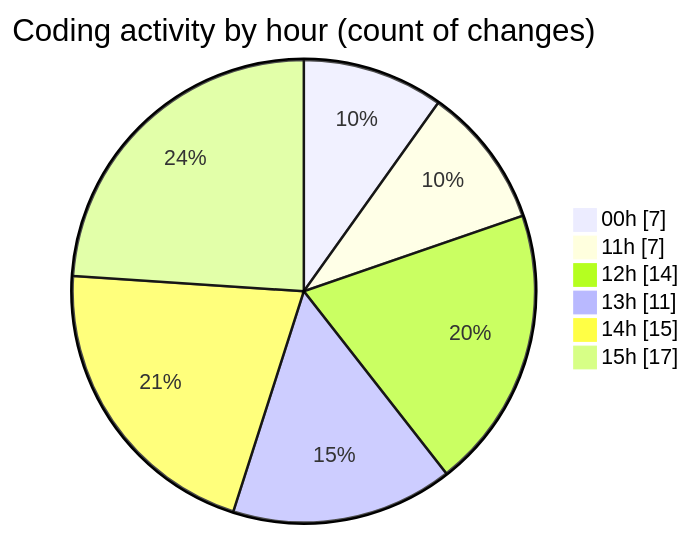
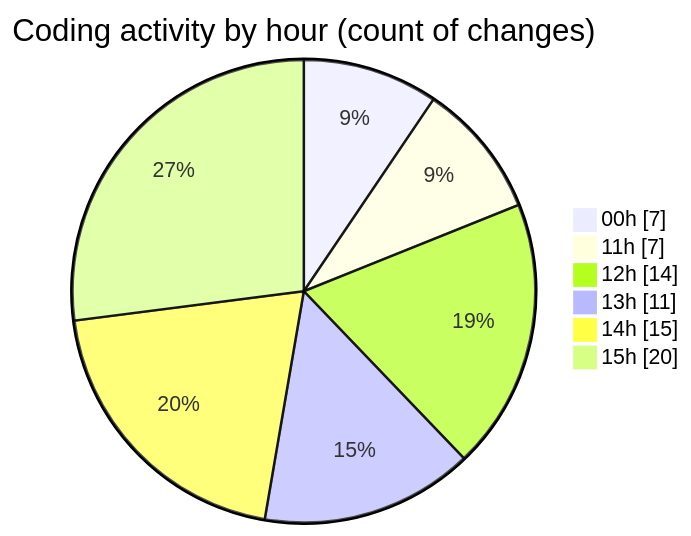
The second of 2 diagrams in 2025-10-08/eventscop-frontend-guide__workspace_/README.md (julien-gomy/code-tracking), drawn with Mermaid before and after one commit. The commit also changed other lines of this file and 1 other file, not shown here.

````diff
--- a/2025-10-08/eventscop-frontend-guide__workspace_/README.md
+++ b/2025-10-08/eventscop-frontend-guide__workspace_/README.md
@@ -45,10 +45,10 @@
 ```mermaid
 pie showData
 title Coding activity by hour (count of changes)
 "00h" : 7
 "11h" : 7
 "12h" : 14
 "13h" : 11
 "14h" : 15
-"15h" : 17
+"15h" : 20
 ```
````
